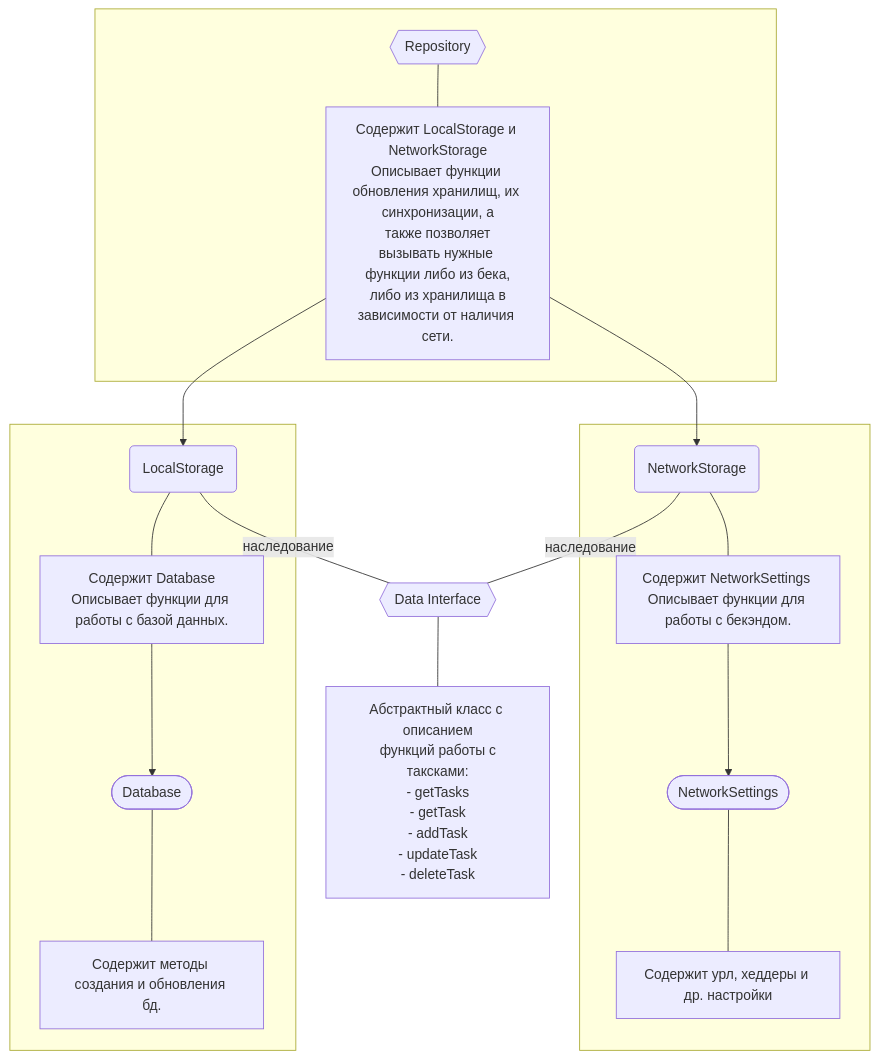
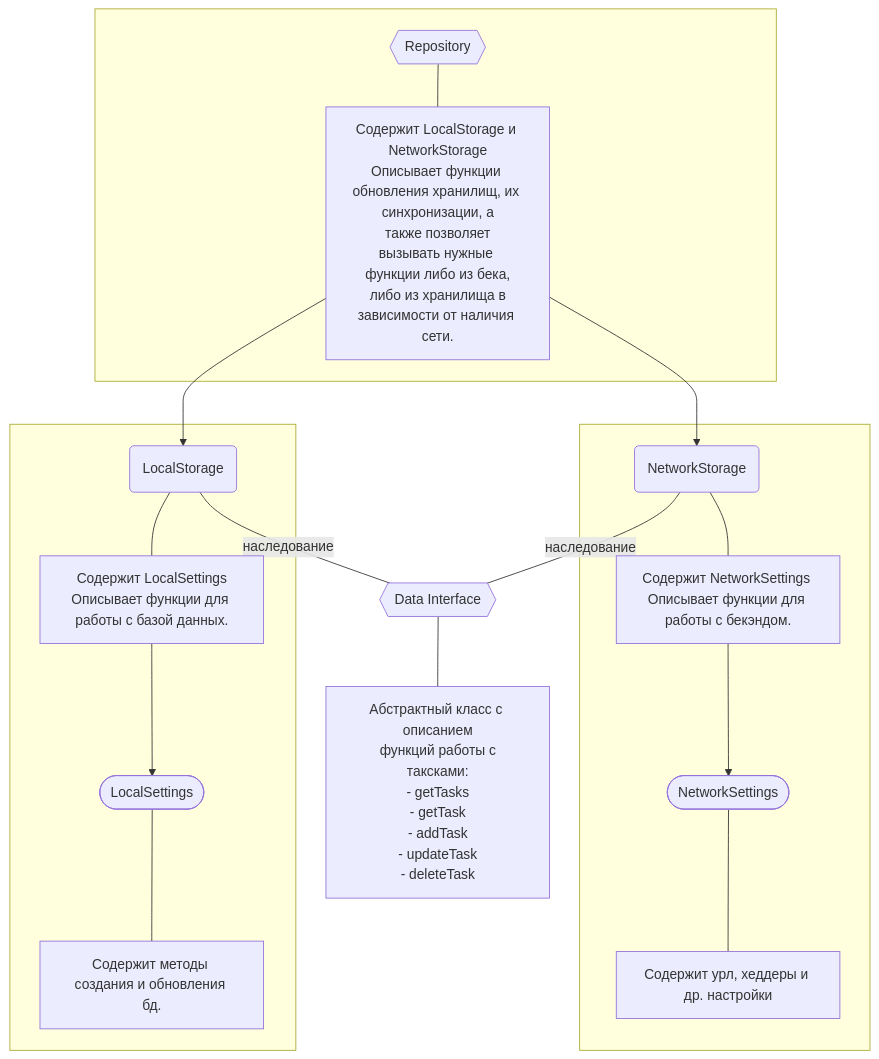
The diagram in ya_todolist/lib/feature/task/data/repository/Repository Structure.md (goliksim/Ya-Tasks), drawn with Mermaid before and after one commit. The commit also changed other lines of this file and 54 other files, not shown here.

````diff
--- a/ya_todolist/lib/feature/task/data/repository/Repository Structure.md
+++ b/ya_todolist/lib/feature/task/data/repository/Repository Structure.md
@@ -2,24 +2,24 @@
 ```mermaid
 flowchart TD
 	subgraph   
 	Rep{{Repository}} --- Rep_dis[Содержит LocalStorage и NetworkStorage\nОписывает функции обновления хранилищ, их синхронизации, а\n также позволяет вызывать нужные функции либо из бека,\n либо из хранилища в зависимости от наличия сети.] ; 
 	end;
 	Rep_dis --> LS(LocalStorage) & NS(NetworkStorage);
 	
 	LS & NS ---| наследование | Api{{Data Interface}} ;
 	Api --- Api_dis[Абстрактный класс с описанием\n функций работы с таксками:\n- getTasks\n- getTask\n- addTask\n- updateTask\n- deleteTask] ;
 	
 	subgraph  
 	NS --- NS_dis[Содержит NetworkSettings \nОписывает функции для работы с бекэндом.];
 	NS_dis --> NU([NetworkSettings]) ;
 	NU --- NU_dis[Cодержит урл, хеддеры и др. настройки];
 	end;
 	
 	subgraph  
-	LS --- LS_dis[Содержит Database\nОписывает функции для работы с базой данных.];
-	LS_dis --> BD([Database]);
+	LS --- LS_dis[Содержит LocalSettings\nОписывает функции для работы с базой данных.];
+	LS_dis --> BD([LocalSettings]);
 	BD --- BD_dis[Cодержит методы создания и обновления бд.];
 	end;
     
 	
 ```
````
